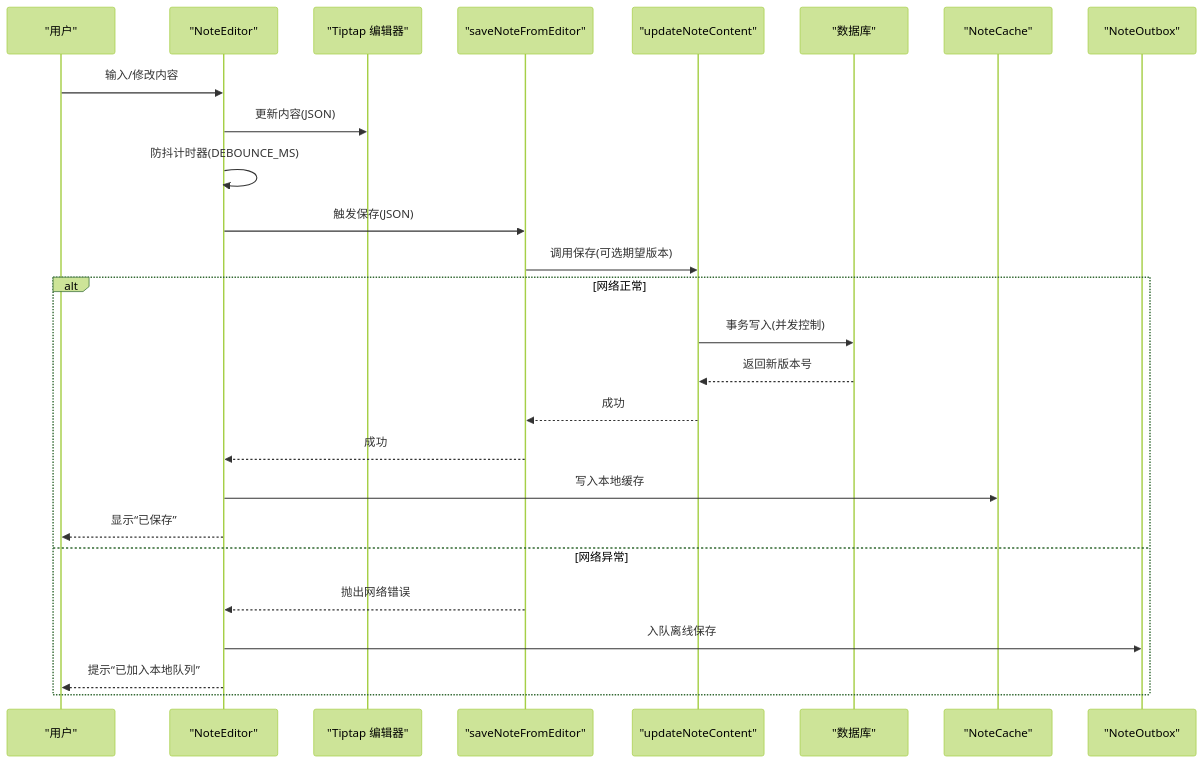
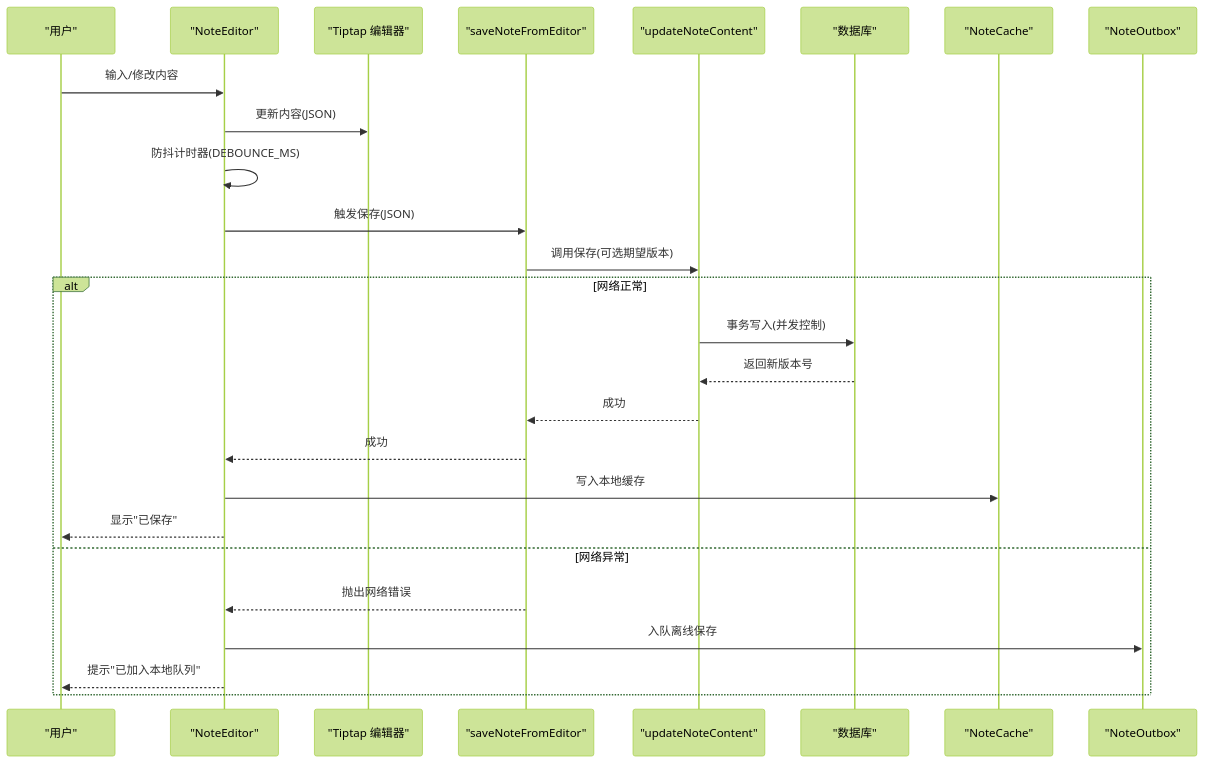
The second of 6 diagrams in .qoder/repowiki/zh/content/便签管理系统/富文本编辑器.md (qiuziGirl/smart-todo), drawn with Mermaid (forest theme) before and after one commit. The commit also changed other lines of this file and 8 other files, not shown here.

````diff
--- a/.qoder/repowiki/zh/content/便签管理系统/富文本编辑器.md
+++ b/.qoder/repowiki/zh/content/便签管理系统/富文本编辑器.md
@@ -98,28 +131,28 @@
 ```mermaid
 sequenceDiagram
 participant U as "用户"
 participant E as "NoteEditor"
 participant T as "Tiptap 编辑器"
 participant S as "saveNoteFromEditor"
 participant A as "updateNoteContent"
 participant D as "数据库"
 participant C as "NoteCache"
 participant O as "NoteOutbox"
 U->>E : 输入/修改内容
 E->>T : 更新内容(JSON)
 E->>E : 防抖计时器(DEBOUNCE_MS)
 E->>S : 触发保存(JSON)
 S->>A : 调用保存(可选期望版本)
 alt 网络正常
 A->>D : 事务写入(并发控制)
 D-->>A : 返回新版本号
 A-->>S : 成功
 S-->>E : 成功
 E->>C : 写入本地缓存
-E-->>U : 显示“已保存”
+E-->>U : 显示"已保存"
 else 网络异常
 S-->>E : 抛出网络错误
 E->>O : 入队离线保存
-E-->>U : 提示“已加入本地队列”
+E-->>U : 提示"已加入本地队列"
 end
 ```
````
